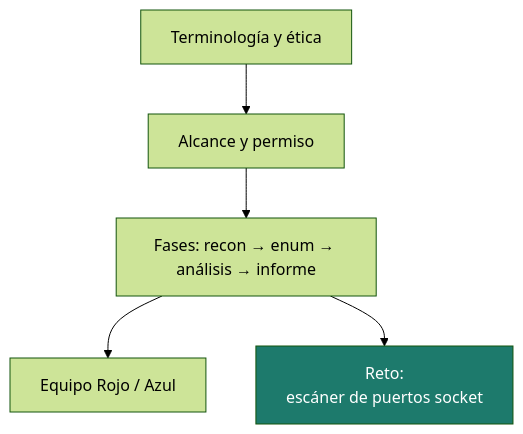
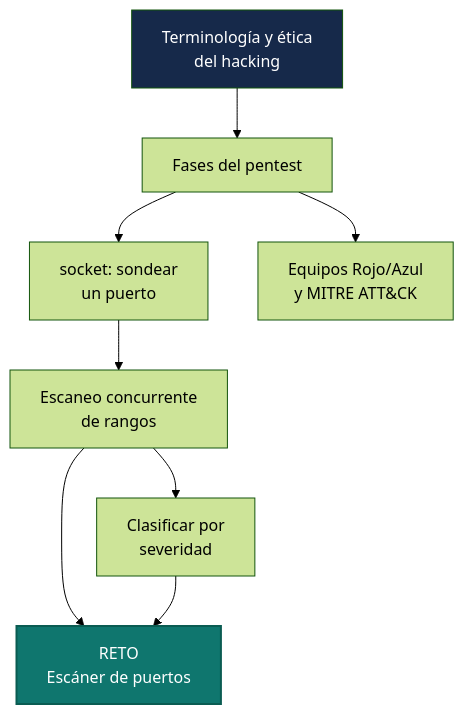
One commit to campusdevfp/cybersec2627 changed the first of 5 diagrams in docs/ud5/index.md. Above: the diagram before and after it, drawn with Mermaid (forest theme). The commit also changed other lines of this file and 5 other files, not shown here.

````diff
--- a/docs/ud5/index.md
+++ b/docs/ud5/index.md
@@ -18,8 +13,12 @@
 ```mermaid
 flowchart TB
-    A[Terminología y ética] --> B[Alcance y permiso]
-    B --> C[Fases: recon → enum → análisis → informe]
-    C --> D[Equipo Rojo / Azul]
-    C --> P[Reto:<br/>escáner de puertos socket]
-    style P fill:#1d7a6c,color:#fff
+    A["Terminología y ética<br/>del hacking"] --> B["Fases del pentest"]
+    B --> C["socket: sondear<br/>un puerto"]
+    C --> D["Escaneo concurrente<br/>de rangos"]
+    D --> E["Clasificar por<br/>severidad"]
+    B --> F["Equipos Rojo/Azul<br/>y MITRE ATT&CK"]
+    D --> P["RETO<br/>Escáner de puertos"]
+    E --> P
+    style P fill:#0f766e,color:#fff,stroke:#0a5c52,stroke-width:2px
+    style A fill:#16294a,color:#fff
 ```
````
